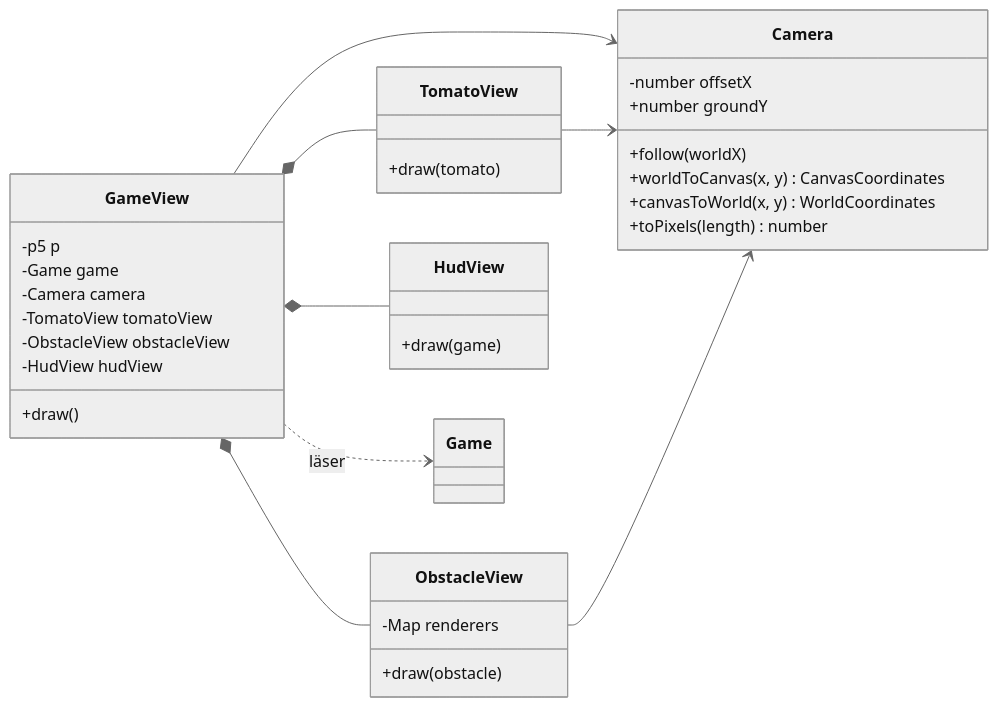
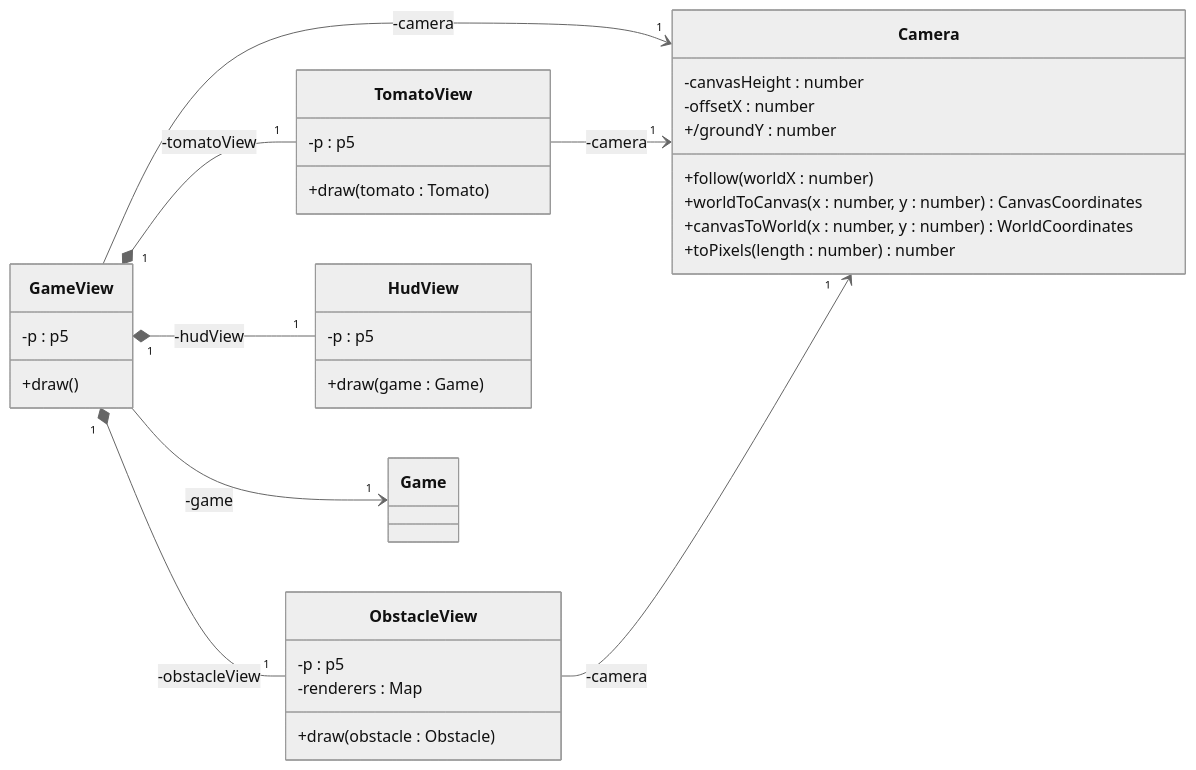
One commit to 1dv610/ripe-tomato changed the third of 9 diagrams in MVC_DESIGN.md. Above: the diagram before and after it, drawn with Mermaid (neutral theme). The commit also changed other lines of this file, not shown here.

First line of the commit message:
Draw the class diagrams in standard UML notation

````diff
--- a/MVC_DESIGN.md
+++ b/MVC_DESIGN.md
@@ -410,44 +411,43 @@
 ```mermaid
 classDiagram
     direction LR
 
     class GameView {
-        -p5 p
-        -Game game
-        -Camera camera
-        -TomatoView tomatoView
-        -ObstacleView obstacleView
-        -HudView hudView
+        -p : p5
         +draw()
     }
 
     class Camera {
-        -number offsetX
-        +number groundY
-        +follow(worldX)
-        +worldToCanvas(x, y) CanvasCoordinates
-        +canvasToWorld(x, y) WorldCoordinates
-        +toPixels(length) number
+        -canvasHeight : number
+        -offsetX : number
+        +/groundY : number
+        +follow(worldX : number)
+        +worldToCanvas(x : number, y : number) CanvasCoordinates
+        +canvasToWorld(x : number, y : number) WorldCoordinates
+        +toPixels(length : number) number
     }
 
     class TomatoView {
-        +draw(tomato)
+        -p : p5
+        +draw(tomato : Tomato)
     }
 
     class ObstacleView {
-        -Map renderers
-        +draw(obstacle)
+        -p : p5
+        -renderers : Map
+        +draw(obstacle : Obstacle)
     }
 
     class HudView {
-        +draw(game)
+        -p : p5
+        +draw(game : Game)
     }
 
-    GameView *-- TomatoView
-    GameView *-- ObstacleView
-    GameView *-- HudView
-    GameView --> Camera
-    TomatoView --> Camera
-    ObstacleView --> Camera
-    GameView ..> Game : läser
+    GameView "1" *-- "1" TomatoView : -tomatoView
+    GameView "1" *-- "1" ObstacleView : -obstacleView
+    GameView "1" *-- "1" HudView : -hudView
+    GameView --> "1" Camera : -camera
+    TomatoView --> "1" Camera : -camera
+    ObstacleView --> "1" Camera : -camera
+    GameView --> "1" Game : -game
 ```
````
